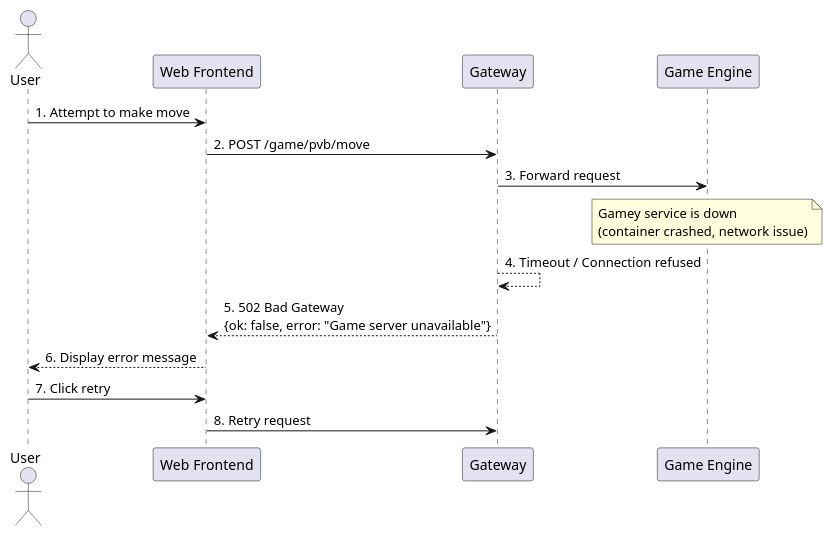
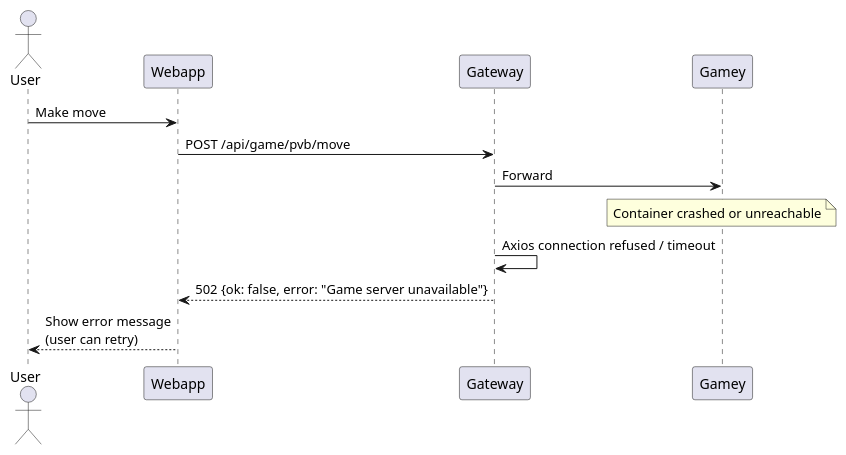
Before and after one commit to Arquisoft/yovi_en2c: the eighth of 11 diagrams in docs/src/06_runtime_view.adoc, drawn with PlantUML. The commit also changed other lines of this file, not shown here.

```diff
--- a/docs/src/06_runtime_view.adoc
+++ b/docs/src/06_runtime_view.adoc
@@ -248,23 +404,19 @@
 [plantuml,"Game Engine Down",png]
 ----
 @startuml
 actor "User" as User
-participant "Web Frontend" as Webapp
-participant "Gateway" as Gateway
-participant "Game Engine" as Gamey
+participant "Webapp" as WA
+participant "Gateway" as GW
+participant "Gamey" as Gamey
 
-User -> Webapp: 1. Attempt to make move
-Webapp -> Gateway: 2. POST /game/pvb/move
-Gateway -> Gamey: 3. Forward request
+User -> WA: Make move
+WA -> GW: POST /api/game/pvb/move
+GW -> Gamey: Forward
 
-note over Gamey: Gamey service is down\n(container crashed, network issue)
+note over Gamey: Container crashed or unreachable
 
-Gateway --> Gateway: 4. Timeout / Connection refused
-Gateway --> Webapp: 5. 502 Bad Gateway\n{ok: false, error: "Game server unavailable"}
-Webapp --> User: 6. Display error message
-
-User -> Webapp: 7. Click retry
-Webapp -> Gateway: 8. Retry request
-
+GW -> GW: Axios connection refused / timeout
+GW --> WA: 502 {ok: false, error: "Game server unavailable"}
+WA --> User: Show error message\n(user can retry)
 @enduml
 ----
```
